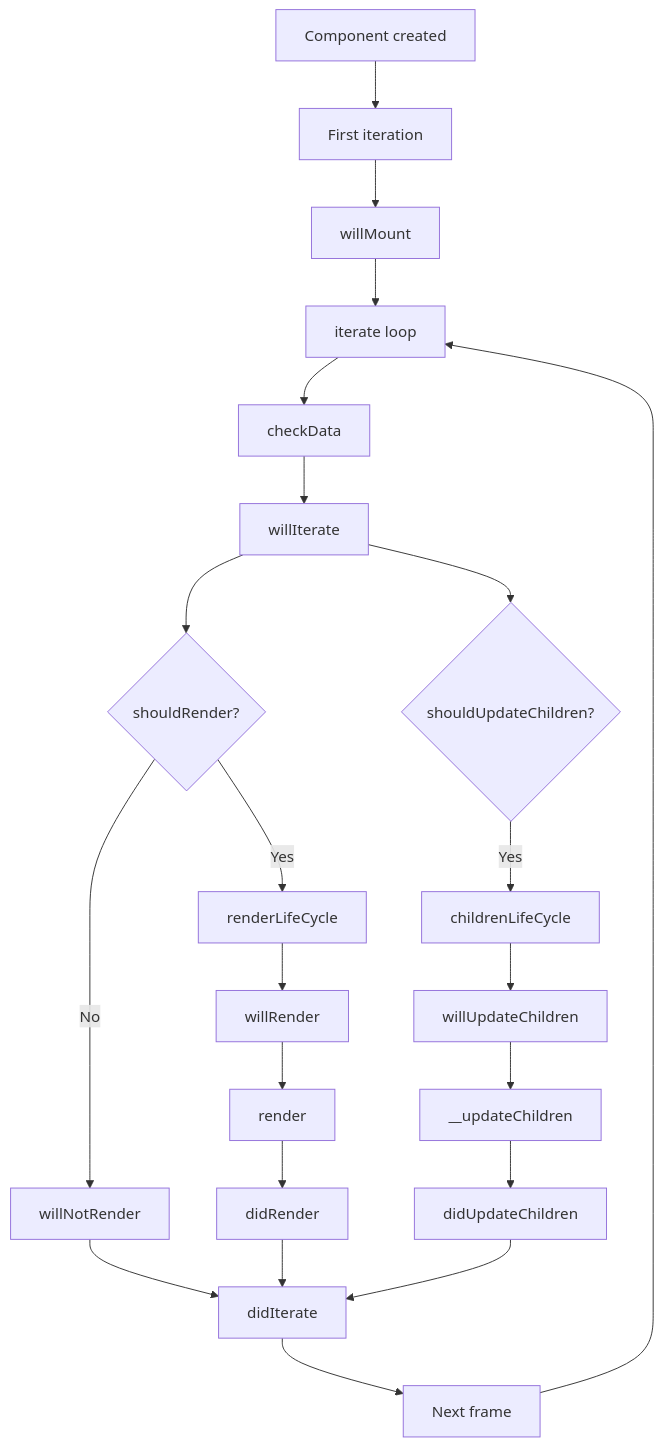
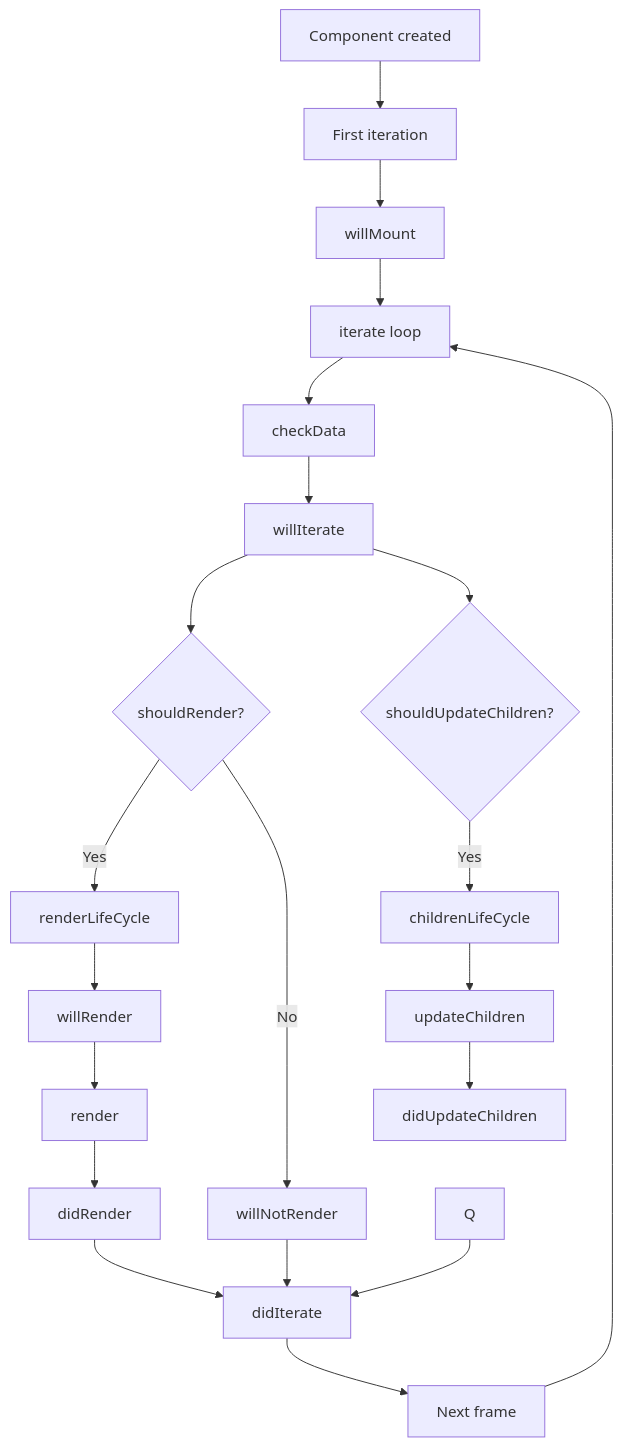
One commit to gravity-ui/graph changed the third of 6 diagrams in docs/system/component-lifecycle.md. Above: the diagram before and after it, drawn with Mermaid. The commit also changed other lines of this file and 31 other files, not shown here.

````diff
--- a/docs/system/component-lifecycle.md
+++ b/docs/system/component-lifecycle.md
@@ -40,30 +42,29 @@
 ```mermaid
 flowchart TD
     A[Component created] --> B[First iteration]
     B --> C[willMount]
     C --> D[iterate loop]
     
     D --> E[checkData]
     E --> F[willIterate]
     
     F --> G{shouldRender?}
     G -->|Yes| H[renderLifeCycle]
     G -->|No| I[willNotRender]
     
     H --> J[willRender]
     J --> K[render]
     K --> L[didRender]
     
     F --> M{shouldUpdateChildren?}
     M -->|Yes| N[childrenLifeCycle]
-    N --> O[willUpdateChildren]
-    O --> P[__updateChildren]
-    P --> Q[didUpdateChildren]
+    N --> O[updateChildren]
+    O --> P[didUpdateChildren]
     
     I --> R[didIterate]
     L --> R
     Q --> R
     
     R --> S[Next frame]
     S --> D
 ```
````
